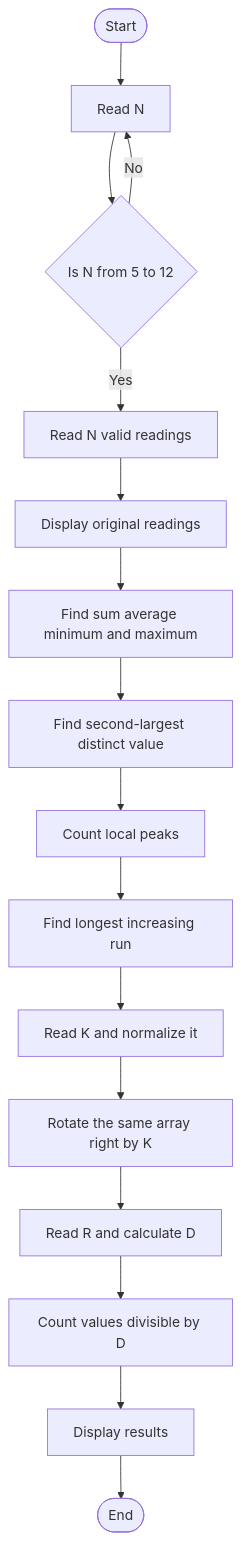
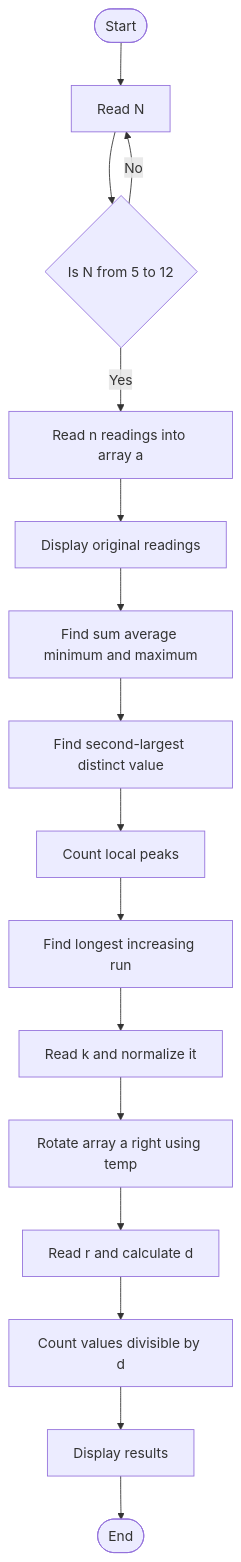
The diagram in Challenge-06/README.md (satiwikasrm-chai/30-Day-C-Programming-), drawn with Mermaid before and after one commit. The commit also changed other lines of this file and 1 other file, not shown here.

````diff
--- a/Challenge-06/README.md
+++ b/Challenge-06/README.md
@@ -60,18 +67,18 @@
 ```mermaid
 flowchart TD
     A([Start]) --> B[Read N]
     B --> C{Is N from 5 to 12}
     C -- No --> B
-    C -- Yes --> D[Read N valid readings]
+    C -- Yes --> D[Read n readings into array a]
     D --> E[Display original readings]
     E --> F[Find sum average minimum and maximum]
     F --> G[Find second-largest distinct value]
     G --> H[Count local peaks]
     H --> I[Find longest increasing run]
-    I --> J[Read K and normalize it]
-    J --> K[Rotate the same array right by K]
-    K --> L[Read R and calculate D]
-    L --> M[Count values divisible by D]
+    I --> J[Read k and normalize it]
+    J --> K[Rotate array a right using temp]
+    K --> L[Read r and calculate d]
+    L --> M[Count values divisible by d]
     M --> N[Display results]
     N --> O([End])
 ```
````
